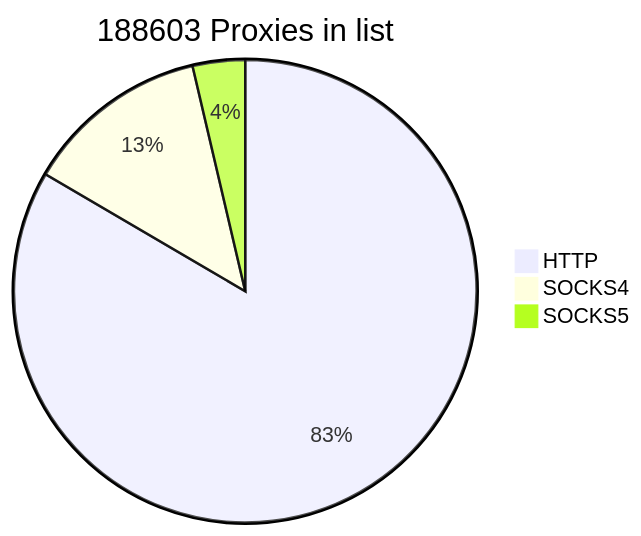
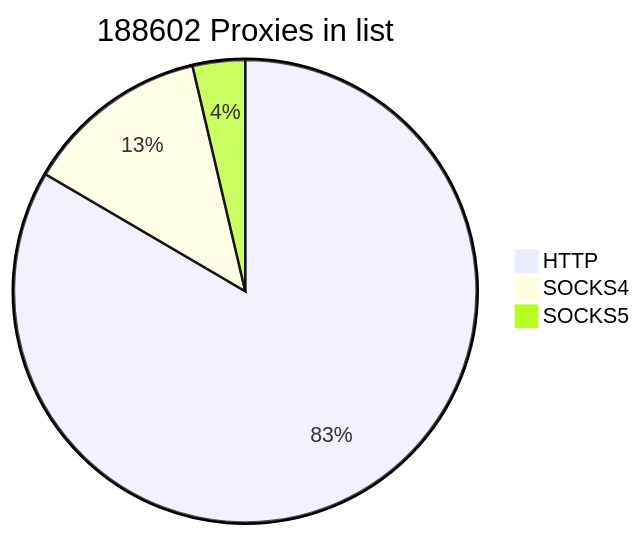
The first of 2 diagrams in README.md (cutipu/proxylist), drawn with Mermaid before and after one commit. The commit also changed other lines of this file, not shown here.

````diff
--- a/README.md
+++ b/README.md
@@ -2,7 +2,7 @@
 ```mermaid
-pie title 188603 Proxies in list
-    "HTTP" : 157361
+pie title 188602 Proxies in list
+    "HTTP" : 157358
     "SOCKS4" : 24338
-    "SOCKS5" : 6904
+    "SOCKS5" : 6906
             
 ```
````
